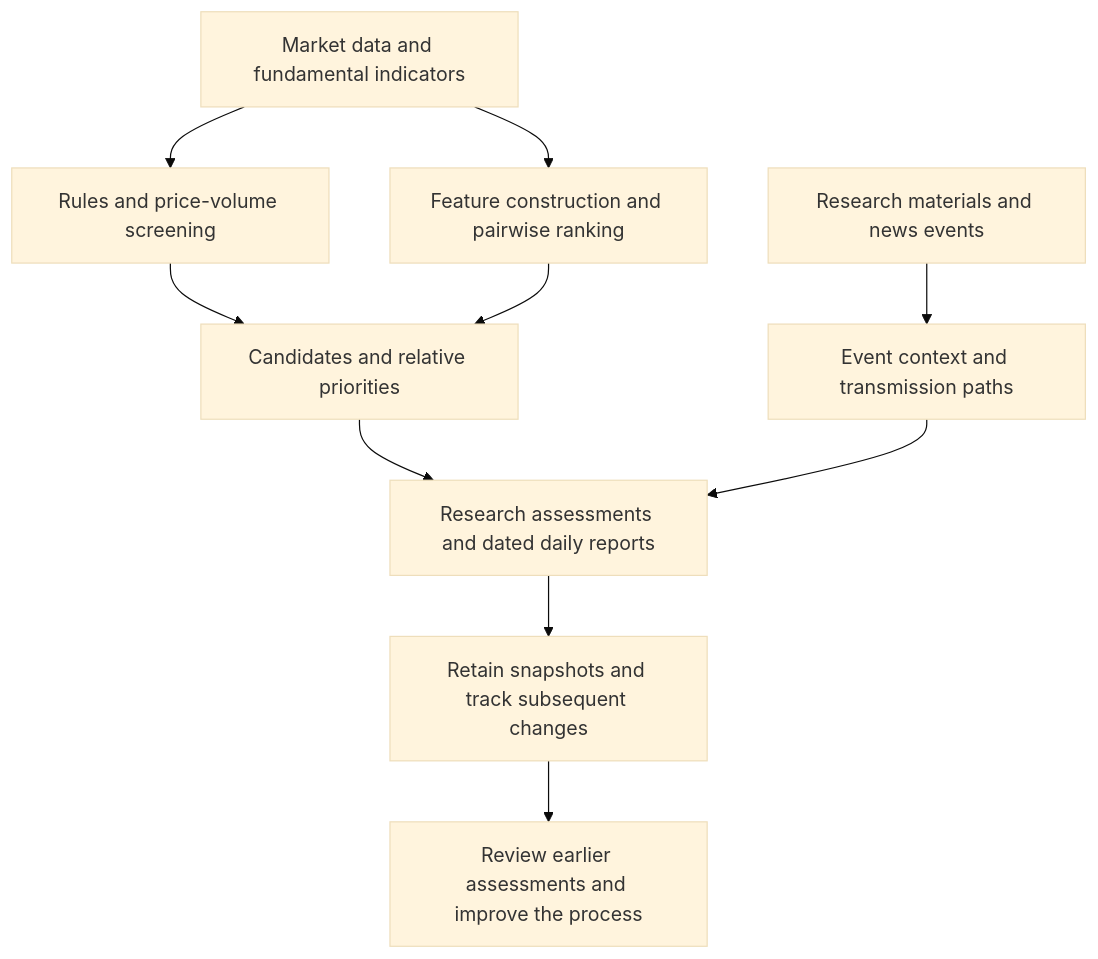
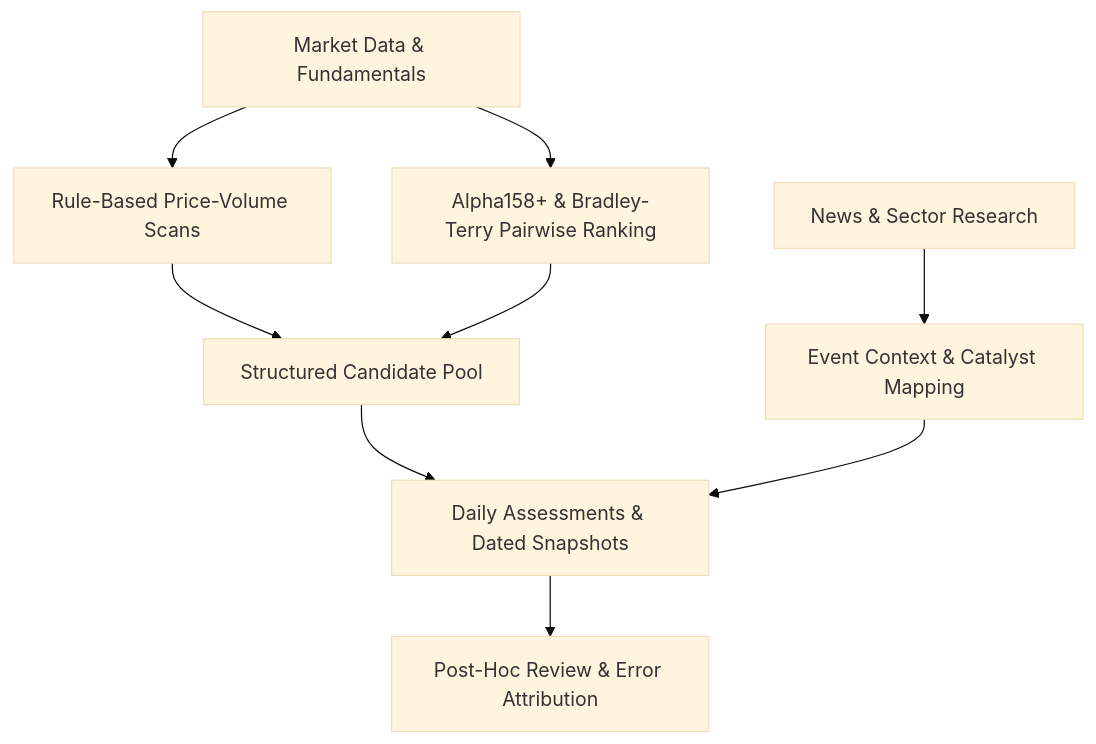
Before and after one commit to duroey/duroey: the diagram in projects/quant-workbench.md, drawn with Mermaid (base theme). The commit also changed other lines of this file and 16 other files, not shown here.

````diff
--- a/projects/quant-workbench.md
+++ b/projects/quant-workbench.md
@@ -17,12 +20,11 @@
 ```mermaid
 flowchart TD
-    A[Market data and fundamental indicators] --> B[Rules and price-volume screening]
-    A --> C[Feature construction and pairwise ranking]
-    B --> D[Candidates and relative priorities]
+    A[Market Data & Fundamentals] --> B[Rule-Based Price-Volume Scans]
+    A --> C[Alpha158+ & Bradley-Terry Pairwise Ranking]
+    B --> D[Structured Candidate Pool]
     C --> D
-    E[Research materials and news events] --> F[Event context and transmission paths]
-    D --> G[Research assessments and dated daily reports]
+    E[News & Sector Research] --> F[Event Context & Catalyst Mapping]
+    D --> G[Daily Assessments & Dated Snapshots]
     F --> G
-    G --> H[Retain snapshots and track subsequent changes]
-    H --> I[Review earlier assessments and improve the process]
+    G --> H[Post-Hoc Review & Error Attribution]
 ```
````
